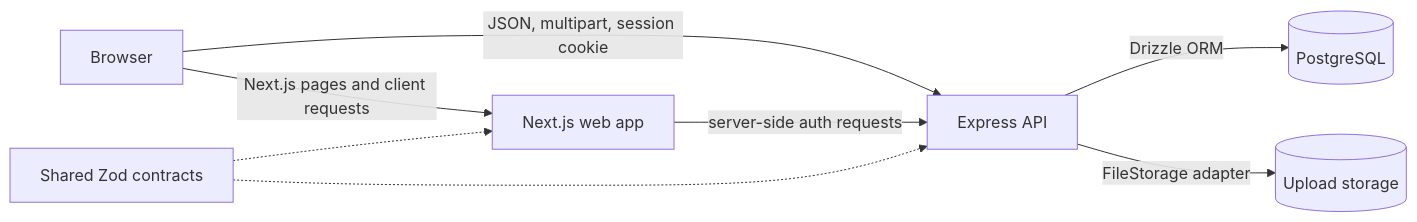
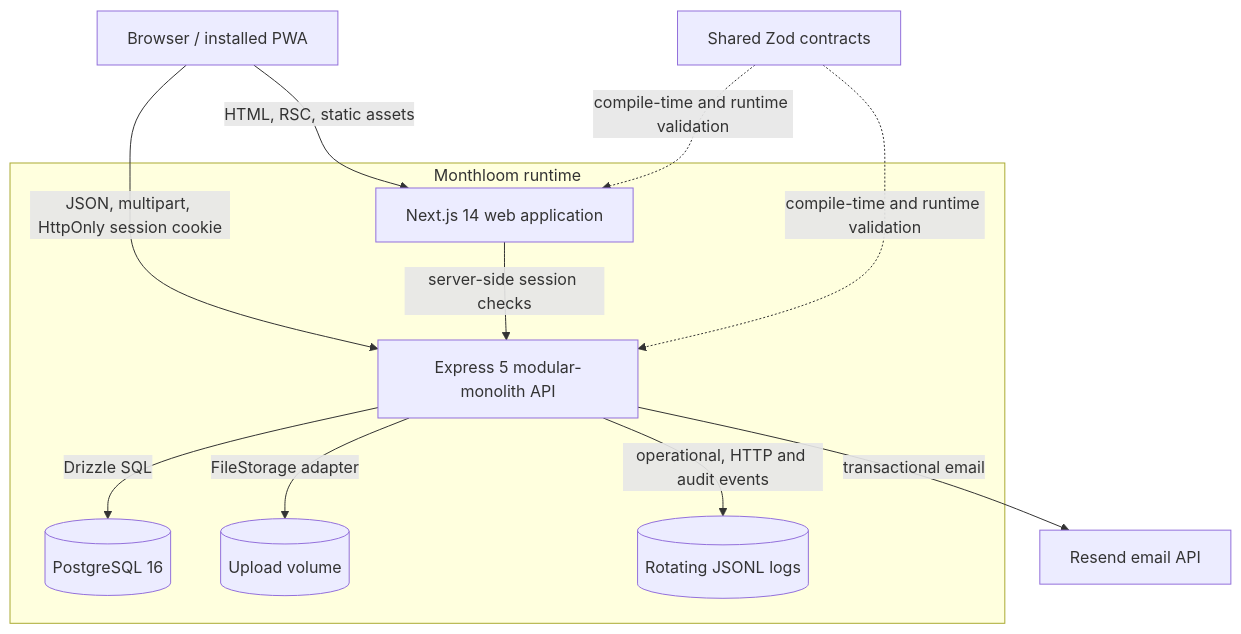
The diagram in README.md (lsahatqija/monthloom), drawn with Mermaid before and after one commit. The commit also changed other lines of this file and 7 other files, not shown here.

````diff
--- a/README.md
+++ b/README.md
@@ -65,10 +68,23 @@
 ```mermaid
-flowchart LR
-    Browser[Browser] -->|Next.js pages and client requests| Web[Next.js web app]
-    Browser -->|JSON, multipart, session cookie| API[Express API]
-    Web -->|server-side auth requests| API
-    API -->|Drizzle ORM| DB[(PostgreSQL)]
-    API -->|FileStorage adapter| Files[(Upload storage)]
-    Contracts[Shared Zod contracts] -.-> Web
-    Contracts -.-> API
+flowchart TB
+    User[Browser / installed PWA]
+    subgraph Runtime[Monthloom runtime]
+        Web[Next.js 14 web application]
+        API[Express 5 modular-monolith API]
+        DB[(PostgreSQL 16)]
+        Files[(Upload volume)]
+        Logs[(Rotating JSONL logs)]
+    end
+    Email[Resend email API]
+    Contracts[Shared Zod contracts]
+
+    User -->|HTML, RSC, static assets| Web
+    User -->|JSON, multipart, HttpOnly session cookie| API
+    Web -->|server-side session checks| API
+    API -->|Drizzle SQL| DB
+    API -->|FileStorage adapter| Files
+    API -->|operational, HTTP and audit events| Logs
+    API -->|transactional email| Email
+    Contracts -.->|compile-time and runtime validation| Web
+    Contracts -.->|compile-time and runtime validation| API
 ```
````
